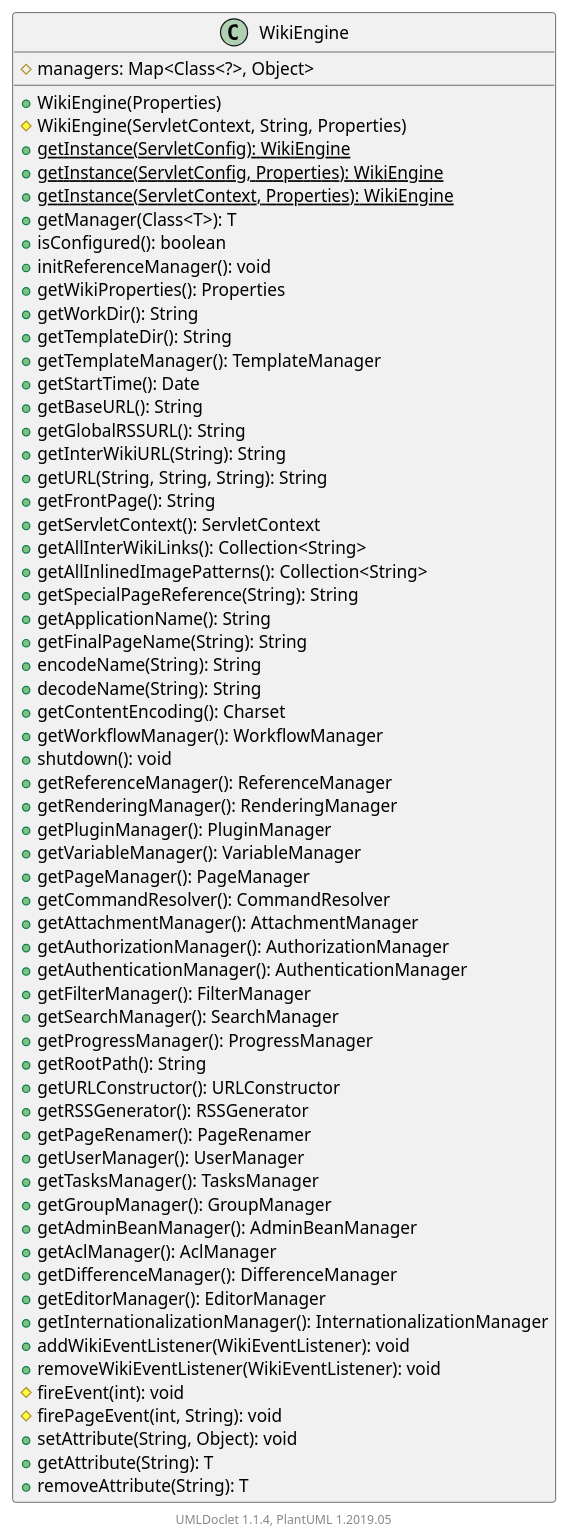
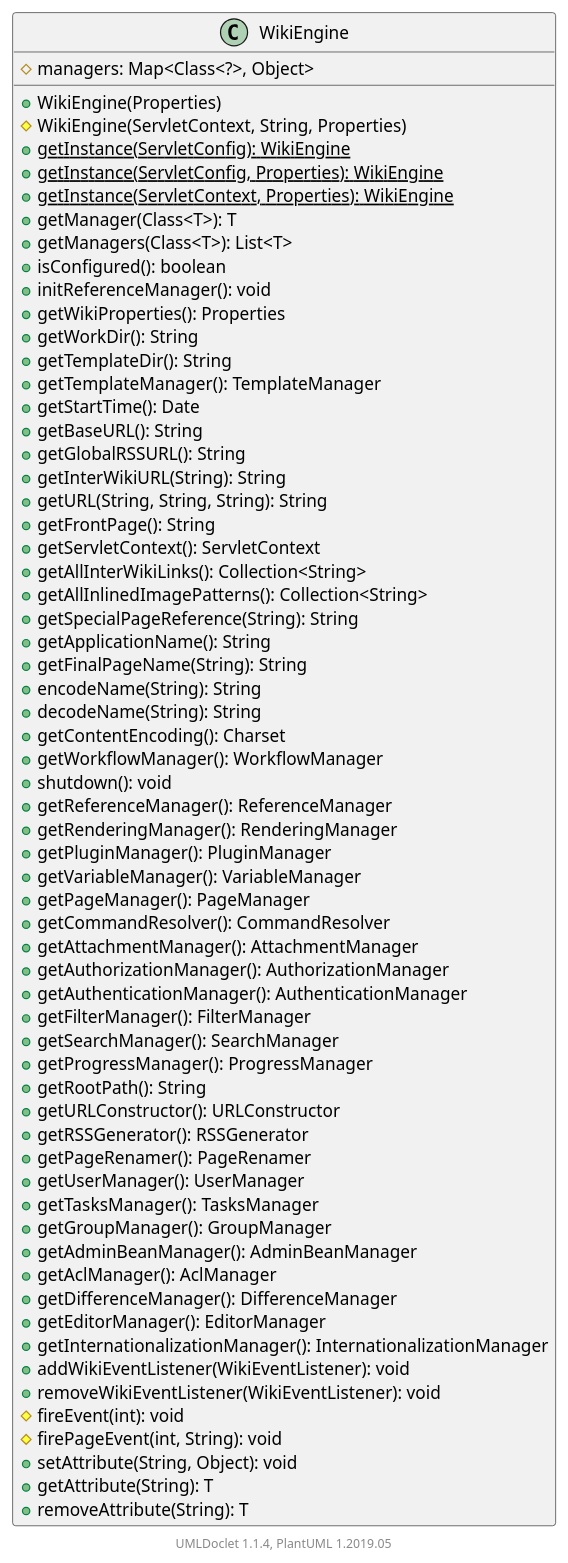
The diagram in apidocs/2.11.0.M7-SNAPSHOT/org/apache/wiki/WikiEngine.puml (apache/jspwiki-site), drawn with PlantUML before and after one commit. The commit also changed 1379 other files, not shown here.

```diff
--- a/apidocs/2.11.0.M7-SNAPSHOT/org/apache/wiki/WikiEngine.puml
+++ b/apidocs/2.11.0.M7-SNAPSHOT/org/apache/wiki/WikiEngine.puml
@@ -1,69 +1,70 @@
 @startuml
 
     class WikiEngine [[WikiEngine.html]] {
         #managers: Map<Class<?>, Object>
         +WikiEngine(Properties)
         #WikiEngine(ServletContext, String, Properties)
         {static} +getInstance(ServletConfig): WikiEngine
         {static} +getInstance(ServletConfig, Properties): WikiEngine
         {static} +getInstance(ServletContext, Properties): WikiEngine
         +getManager(Class<T>): T
+        +getManagers(Class<T>): List<T>
         +isConfigured(): boolean
         +initReferenceManager(): void
         +getWikiProperties(): Properties
         +getWorkDir(): String
         +getTemplateDir(): String
         +getTemplateManager(): TemplateManager
         +getStartTime(): Date
         +getBaseURL(): String
         +getGlobalRSSURL(): String
         +getInterWikiURL(String): String
         +getURL(String, String, String): String
         +getFrontPage(): String
         +getServletContext(): ServletContext
         +getAllInterWikiLinks(): Collection<String>
         +getAllInlinedImagePatterns(): Collection<String>
         +getSpecialPageReference(String): String
         +getApplicationName(): String
         +getFinalPageName(String): String
         +encodeName(String): String
         +decodeName(String): String
         +getContentEncoding(): Charset
         +getWorkflowManager(): WorkflowManager
         +shutdown(): void
         +getReferenceManager(): ReferenceManager
         +getRenderingManager(): RenderingManager
         +getPluginManager(): PluginManager
         +getVariableManager(): VariableManager
         +getPageManager(): PageManager
         +getCommandResolver(): CommandResolver
         +getAttachmentManager(): AttachmentManager
         +getAuthorizationManager(): AuthorizationManager
         +getAuthenticationManager(): AuthenticationManager
         +getFilterManager(): FilterManager
         +getSearchManager(): SearchManager
         +getProgressManager(): ProgressManager
         +getRootPath(): String
         +getURLConstructor(): URLConstructor
         +getRSSGenerator(): RSSGenerator
         +getPageRenamer(): PageRenamer
         +getUserManager(): UserManager
         +getTasksManager(): TasksManager
         +getGroupManager(): GroupManager
         +getAdminBeanManager(): AdminBeanManager
         +getAclManager(): AclManager
         +getDifferenceManager(): DifferenceManager
         +getEditorManager(): EditorManager
         +getInternationalizationManager(): InternationalizationManager
         +addWikiEventListener(WikiEventListener): void
         +removeWikiEventListener(WikiEventListener): void
         #fireEvent(int): void
         #firePageEvent(int, String): void
         +setAttribute(String, Object): void
         +getAttribute(String): T
         +removeAttribute(String): T
     }
 
 
     center footer UMLDoclet 1.1.4, PlantUML 1.2019.05
 @enduml
```
